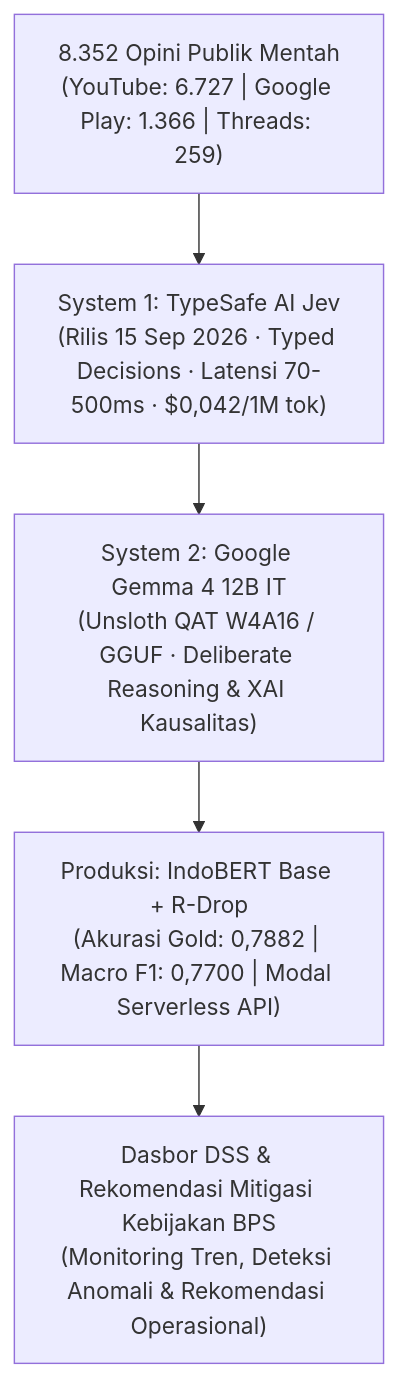
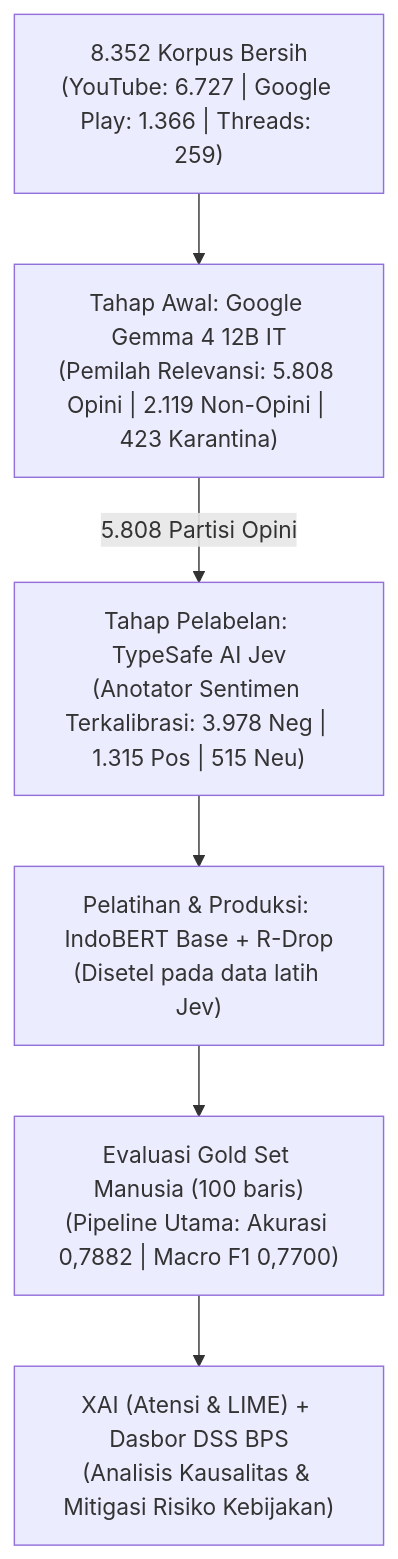
Before and after one commit to anwarrohmadi2006/Lampiran-Magang-BPS: the diagram in README.md, drawn with Mermaid. The commit also changed other lines of this file and 2 other files, not shown here.

Commit message:
docs: perjelas alur pipeline Gemma tahap 1, Jev tahap 2, dan IndoBERT produksi

````diff
--- a/README.md
+++ b/README.md
@@ -72,7 +82,8 @@
 ```mermaid
 graph TD
-    A["8.352 Opini Publik Mentah<br/>(YouTube: 6.727 | Google Play: 1.366 | Threads: 259)"] --> B["System 1: TypeSafe AI Jev<br/>(Rilis 15 Sep 2026 · Typed Decisions · Latensi 70-500ms · $0,042/1M tok)"]
-    B --> C["System 2: Google Gemma 4 12B IT<br/>(Unsloth QAT W4A16 / GGUF · Deliberate Reasoning & XAI Kausalitas)"]
-    C --> D["Produksi: IndoBERT Base + R-Drop<br/>(Akurasi Gold: 0,7882 | Macro F1: 0,7700 | Modal Serverless API)"]
-    D --> E["Dasbor DSS & Rekomendasi Mitigasi Kebijakan BPS<br/>(Monitoring Tren, Deteksi Anomali & Rekomendasi Operasional)"]
+    A["8.352 Korpus Bersih<br/>(YouTube: 6.727 | Google Play: 1.366 | Threads: 259)"] --> B["Tahap Awal: Google Gemma 4 12B IT<br/>(Pemilah Relevansi: 5.808 Opini | 2.119 Non-Opini | 423 Karantina)"]
+    B -->|5.808 Partisi Opini| C["Tahap Pelabelan: TypeSafe AI Jev<br/>(Anotator Sentimen Terkalibrasi: 3.978 Neg | 1.315 Pos | 515 Neu)"]
+    C --> D["Pelatihan & Produksi: IndoBERT Base + R-Drop<br/>(Disetel pada data latih Jev)"]
+    D --> E["Evaluasi Gold Set Manusia (100 baris)<br/>(Pipeline Utama: Akurasi 0,7882 | Macro F1 0,7700)"]
+    E --> F["XAI (Atensi & LIME) + Dasbor DSS BPS<br/>(Analisis Kausalitas & Mitigasi Risiko Kebijakan)"]
 ```
````
